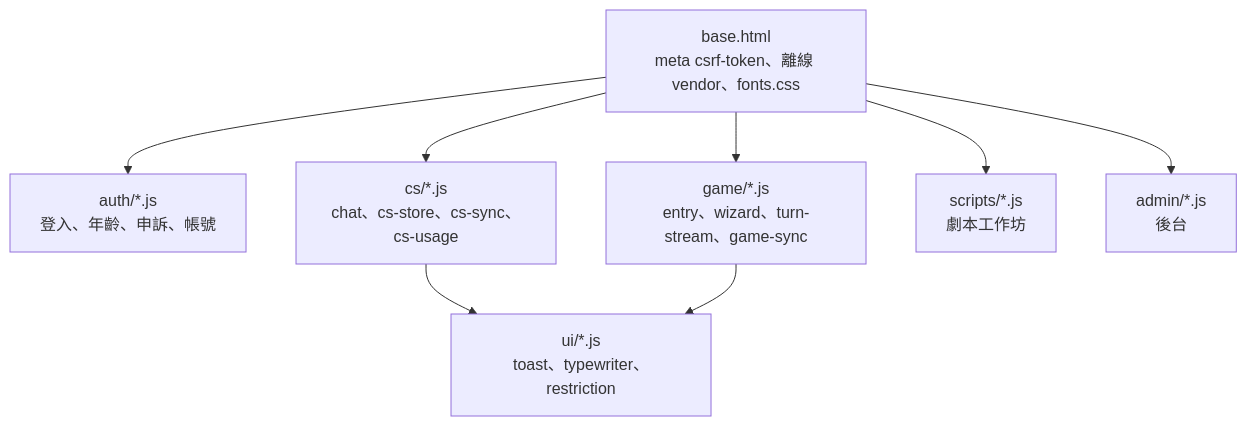
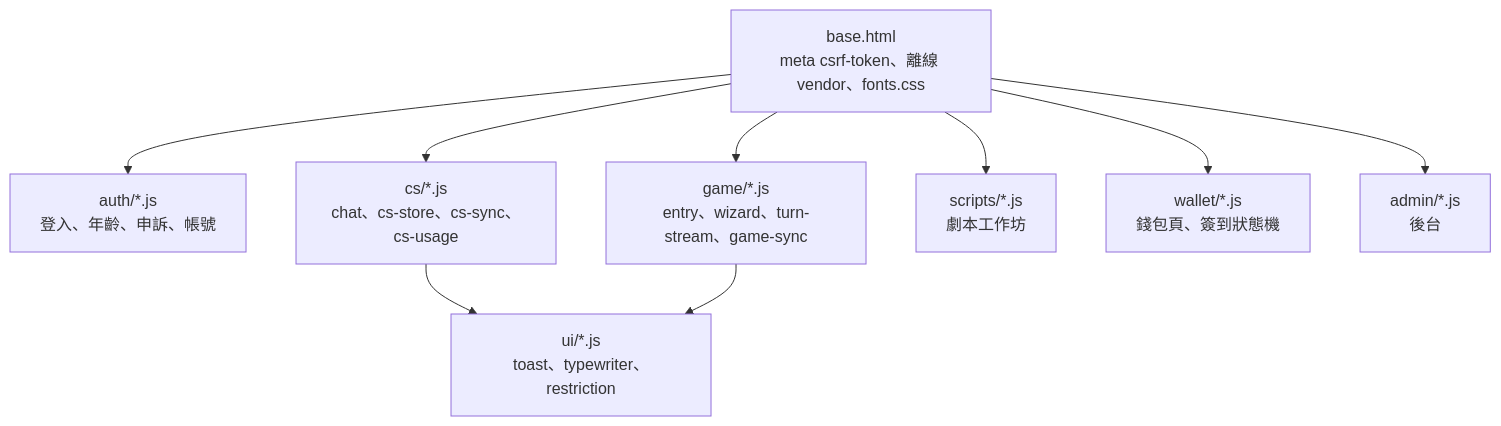
Before and after one commit to pp466pp466/R.A.C: the fifth of 18 diagrams in docs/2.0簡報.md, drawn with Mermaid. The commit also changed other lines of this file and 10 other files, not shown here.

````diff
--- a/docs/2.0簡報.md
+++ b/docs/2.0簡報.md
@@ -220,11 +222,12 @@
 ```mermaid
 flowchart TD
     Base["base.html<br/>meta csrf-token、離線 vendor、fonts.css"]
     Base --> Auth["auth/*.js<br/>登入、年齡、申訴、帳號"]
     Base --> Cs["cs/*.js<br/>chat、cs-store、cs-sync、cs-usage"]
     Base --> Game["game/*.js<br/>entry、wizard、turn-stream、game-sync"]
     Base --> Scripts["scripts/*.js<br/>劇本工作坊"]
+    Base --> Wallet["wallet/*.js<br/>錢包頁、簽到狀態機"]
     Base --> Admin["admin/*.js<br/>後台"]
     Cs --> Ui["ui/*.js<br/>toast、typewriter、restriction"]
     Game --> Ui
 ```
````
